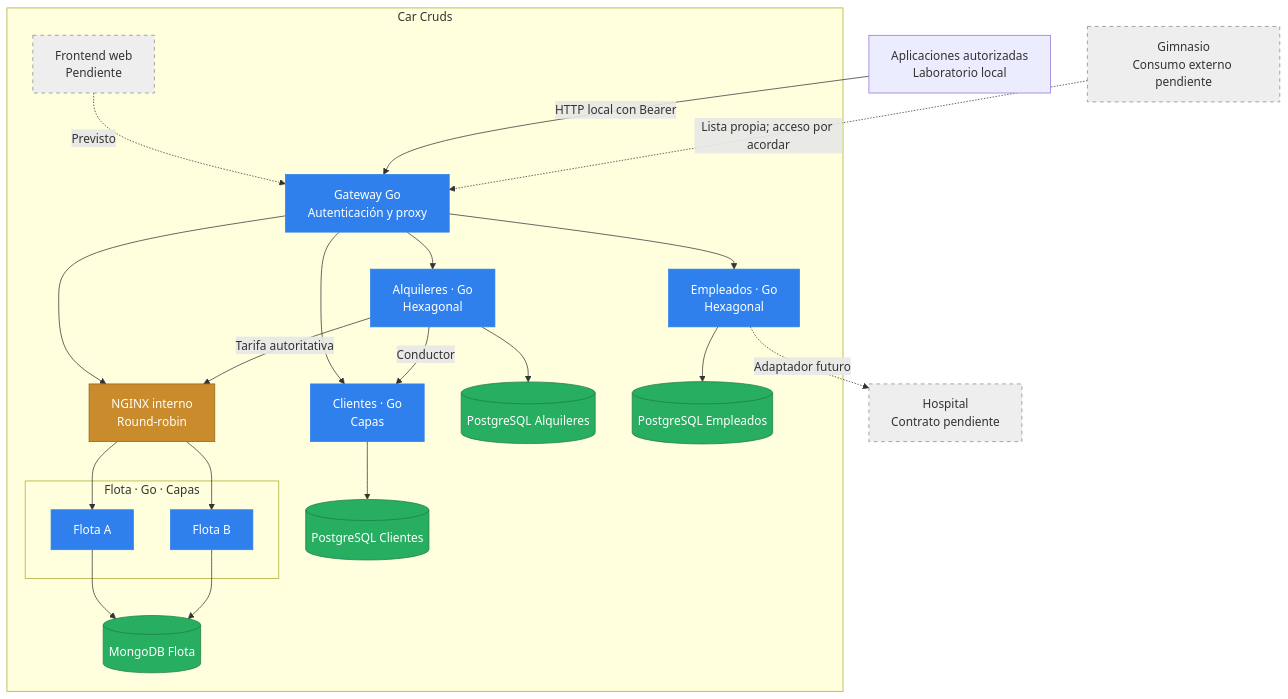
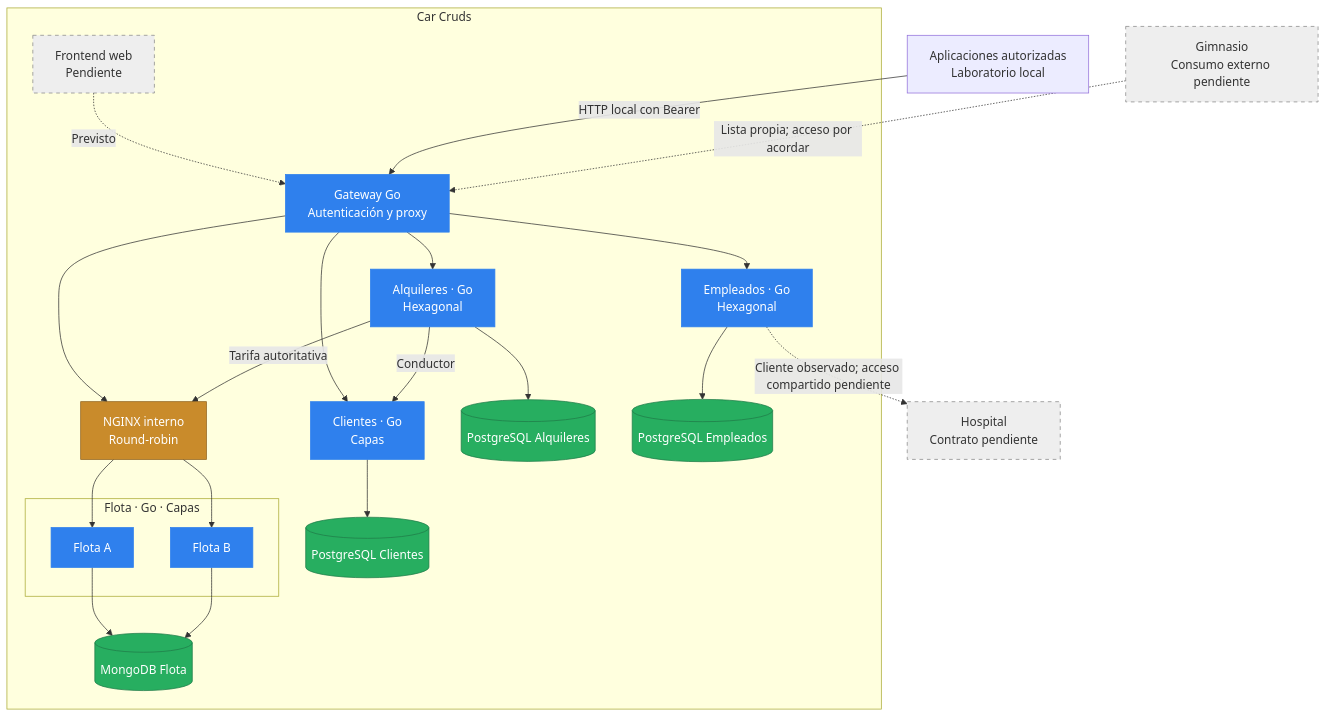
The second of 3 diagrams in docs/ARCHITECTURE.md (Gerpeirone/Car-Cruds), drawn with Mermaid before and after one commit. The commit also changed other lines of this file and 45 other files, not shown here.

````diff
--- a/docs/ARCHITECTURE.md
+++ b/docs/ARCHITECTURE.md
@@ -47,48 +49,48 @@
 ```mermaid
 flowchart TB
     User["Aplicaciones autorizadas<br/>Laboratorio local"]
     Gym["Gimnasio<br/>Consumo externo pendiente"]
     Clinic["Hospital<br/>Contrato pendiente"]
     subgraph System["Car Cruds"]
         Web["Frontend web<br/>Pendiente"]
         GW["Gateway Go<br/>Autenticación y proxy"]
         Customers["Clientes · Go<br/>Capas"]
         Rentals["Alquileres · Go<br/>Hexagonal"]
         Employees["Empleados · Go<br/>Hexagonal"]
         LB["NGINX interno<br/>Round-robin"]
         subgraph Replicas["Flota · Go · Capas"]
             A["Flota A"]
             B["Flota B"]
         end
         CDB[("PostgreSQL Clientes")]
         RDB[("PostgreSQL Alquileres")]
         EDB[("PostgreSQL Empleados")]
         FDB[("MongoDB Flota")]
 
         Web -.->|"Previsto"| GW
         GW --> Customers
         GW --> Rentals
         GW --> Employees
         GW --> LB
         Rentals -->|"Conductor"| Customers
         Rentals -->|"Tarifa autoritativa"| LB
         LB --> A
         LB --> B
         Customers --> CDB
         Rentals --> RDB
         Employees --> EDB
         A --> FDB
         B --> FDB
     end
     User -->|"HTTP local con Bearer"| GW
     Gym -.->|"Lista propia; acceso por acordar"| GW
-    Employees -.->|"Adaptador futuro"| Clinic
+    Employees -.->|"Cliente observado; acceso compartido pendiente"| Clinic
     classDef app fill:#2f80ed,color:#fff,stroke:#2f80ed;
     classDef data fill:#27ae60,color:#fff,stroke:#207c48;
     classDef support fill:#c98b2b,color:#fff,stroke:#91631e;
     classDef pending fill:#eee,color:#333,stroke:#888,stroke-dasharray:5 5;
     class GW,Customers,Rentals,Employees,A,B app;
     class CDB,RDB,EDB,FDB data;
     class LB support;
     class Web,Gym,Clinic pending;
 ```
````
